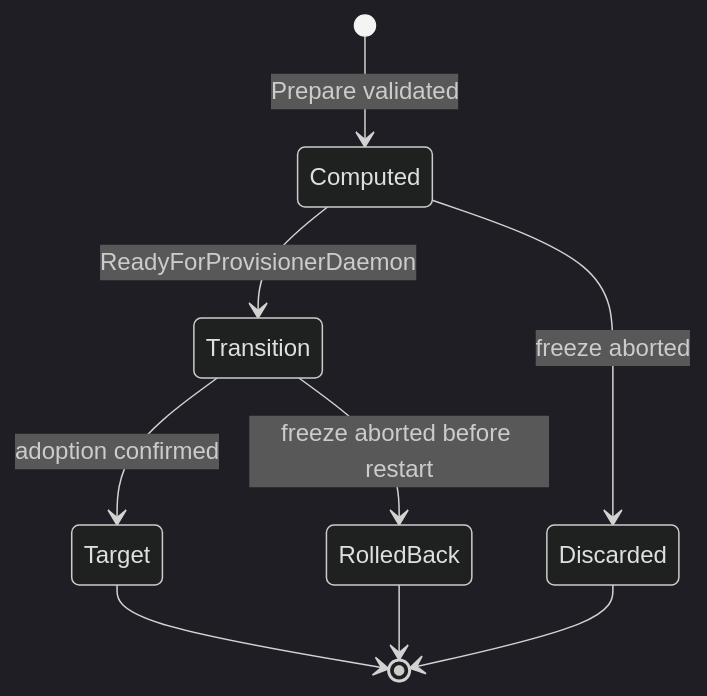
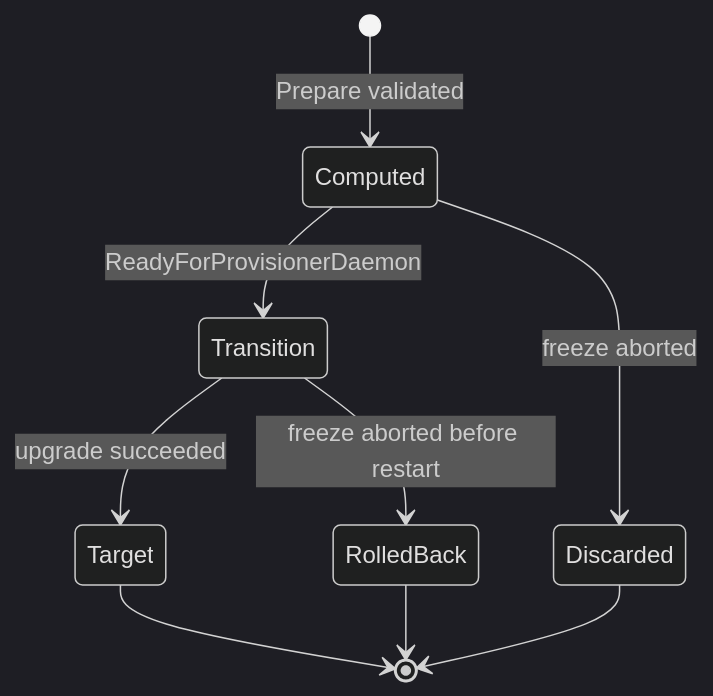
Before and after one commit to hashgraph/solo-operator: the third of 3 diagrams in docs/design/dab-key-rotation-and-firewall.md, drawn with Mermaid (dark theme). The commit also changed other lines of this file and 2 other files, not shown here.

````diff
--- a/docs/design/dab-key-rotation-and-firewall.md
+++ b/docs/design/dab-key-rotation-and-firewall.md
@@ -238,11 +248,11 @@
 ```mermaid
 stateDiagram-v2
     [*] --> Computed: Prepare validated
     Computed --> Transition: ReadyForProvisionerDaemon
-    Transition --> Target: adoption confirmed
+    Transition --> Target: upgrade succeeded
     Transition --> RolledBack: freeze aborted before restart
     Computed --> Discarded: freeze aborted
     Target --> [*]
     RolledBack --> [*]
     Discarded --> [*]
 ```
````
